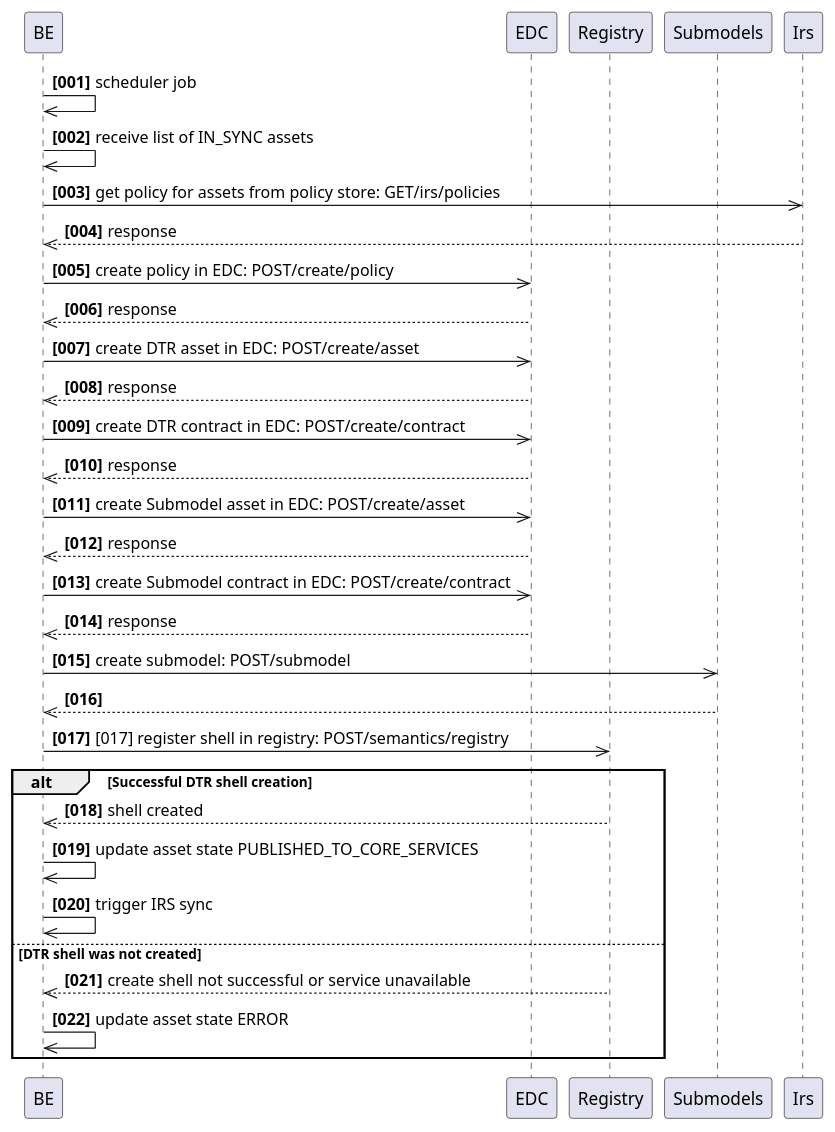
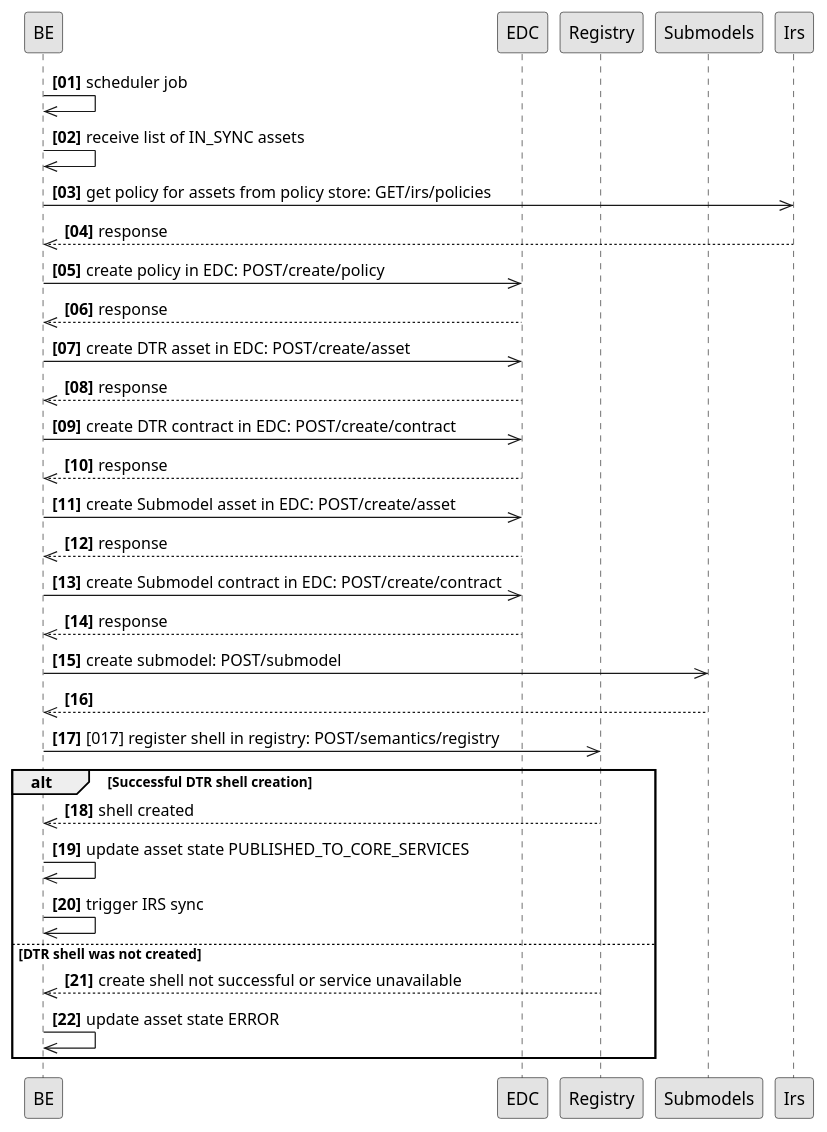
One commit to eclipse-tractusx/traceability-foss changed the diagram in docs/src/uml-diagrams/arc42/runtime-view/data-provisioning/trace-x-data-import-interface-modul3-sequence.puml. Above: the diagram before and after it, drawn with PlantUML. The commit also changed 7 other files, not shown here.

Commit message:
fix(docu):[#1108] corect publishing flow

```diff
--- a/docs/src/uml-diagrams/arc42/runtime-view/data-provisioning/trace-x-data-import-interface-modul3-sequence.puml
+++ b/docs/src/uml-diagrams/arc42/runtime-view/data-provisioning/trace-x-data-import-interface-modul3-sequence.puml
@@ -1,34 +1,40 @@
 @startuml
+autonumber "<B>[00]"
+skinparam monochrome true
+skinparam shadowing false
+skinparam defaultFontName "Architects daughter"
+skinparam linetype ortho
+
 participant BE
 participant EDC
 participant Registry
 participant Submodels
 participant Irs
-autonumber "<b>[000]"
+
 
 BE ->> BE: scheduler job
 BE ->> BE: receive list of IN_SYNC assets
 BE ->> Irs: get policy for assets from policy store: GET/irs/policies
 Irs -->> BE: response
 BE ->> EDC: create policy in EDC: POST/create/policy
 EDC -->> BE: response
 BE ->> EDC: create DTR asset in EDC: POST/create/asset
 EDC -->> BE: response
 BE ->> EDC: create DTR contract in EDC: POST/create/contract
 EDC -->> BE: response
 BE ->> EDC: create Submodel asset in EDC: POST/create/asset
 EDC -->> BE: response
 BE ->> EDC: create Submodel contract in EDC: POST/create/contract
 EDC -->> BE: response
 BE ->> Submodels: create submodel: POST/submodel
 Submodels -->> BE:
 BE ->> Registry: [017] register shell in registry: POST/semantics/registry
 alt Successful DTR shell creation
 Registry -->> BE: shell created
 BE ->> BE: update asset state PUBLISHED_TO_CORE_SERVICES
 BE ->> BE: trigger IRS sync
 else DTR shell was not created
 Registry -->> BE: create shell not successful or service unavailable
 BE ->> BE: update asset state ERROR
 end
 @enduml
```
